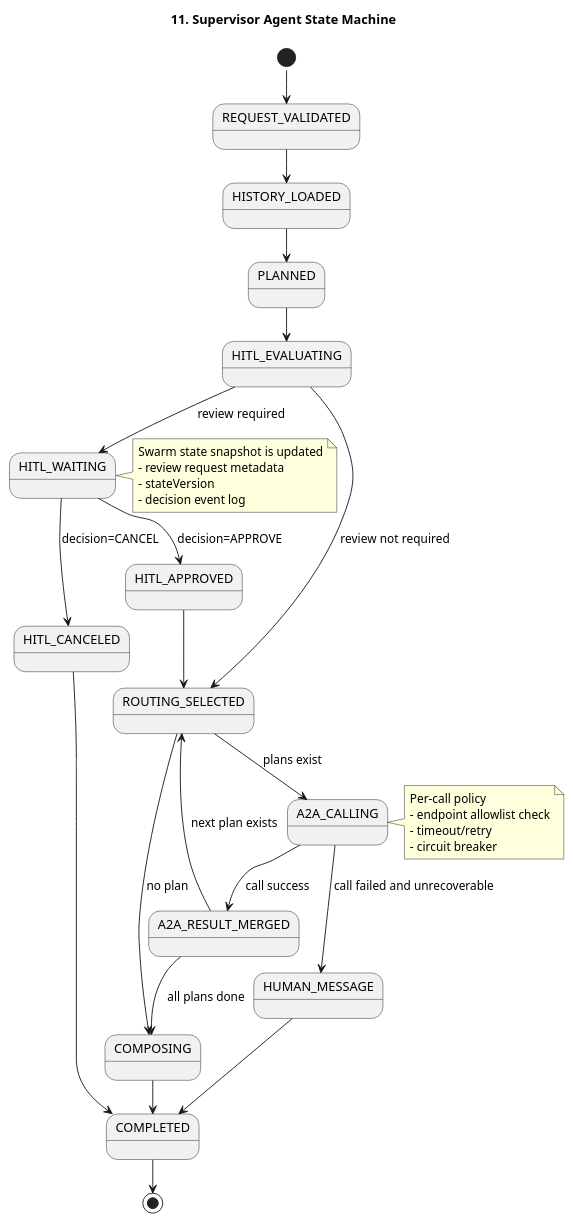
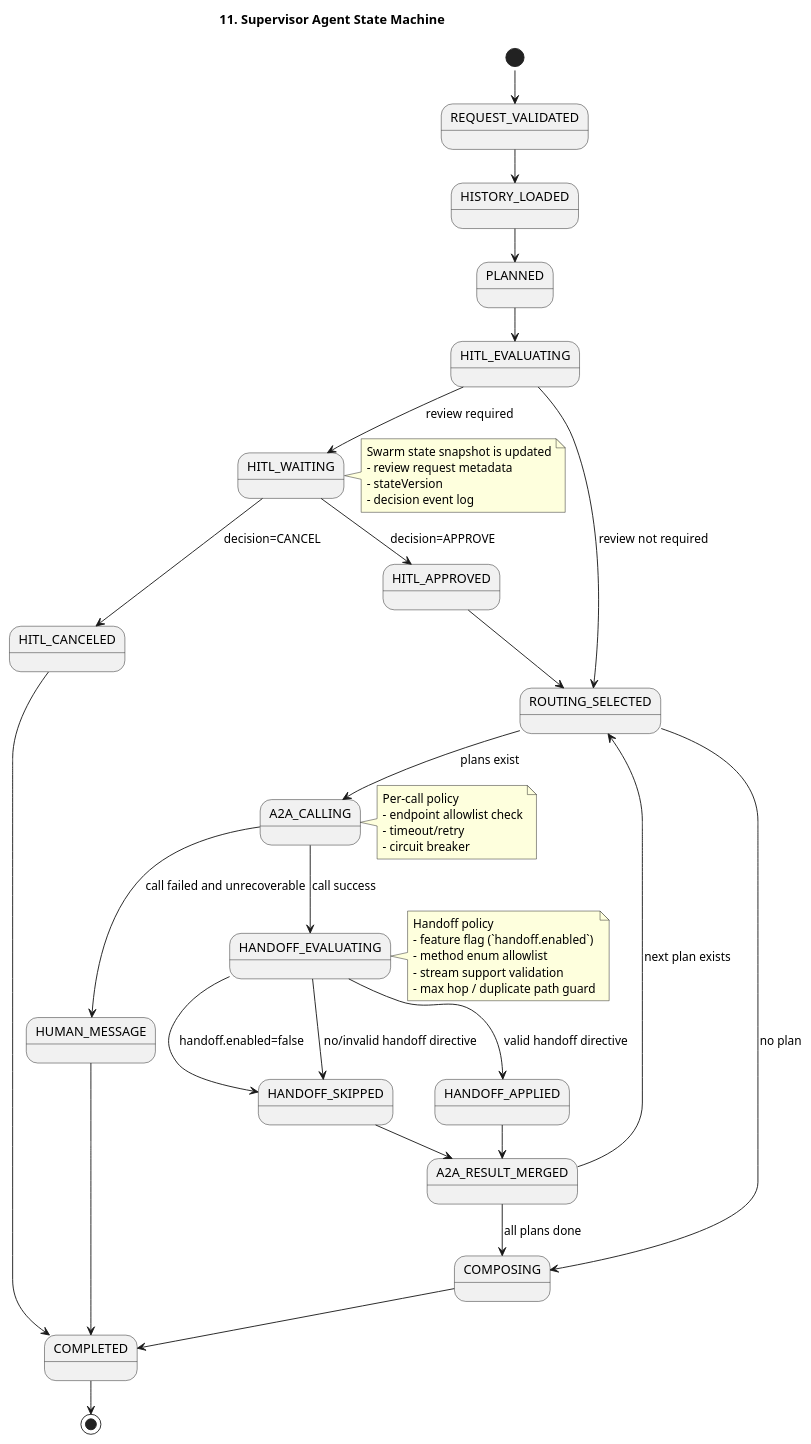
The diagram in documents/a2a-host_agent-architecture/11-supervisor-state-machine.puml (kim57uak/spring-ai), drawn with PlantUML before and after one commit. The commit also changed 69 other files, not shown here.

```diff
--- a/documents/a2a-host_agent-architecture/11-supervisor-state-machine.puml
+++ b/documents/a2a-host_agent-architecture/11-supervisor-state-machine.puml
@@ -1,49 +1,65 @@
 @startuml
 !pragma layout smetana
 title 11. Supervisor Agent State Machine
 
 skinparam shadowing false
 
 [*] --> REQUEST_VALIDATED
 REQUEST_VALIDATED --> HISTORY_LOADED
 HISTORY_LOADED --> PLANNED
 PLANNED --> HITL_EVALUATING
 HITL_EVALUATING --> HITL_WAITING : review required
 HITL_EVALUATING --> ROUTING_SELECTED : review not required
 HITL_WAITING --> HITL_APPROVED : decision=APPROVE
 HITL_WAITING --> HITL_CANCELED : decision=CANCEL
 HITL_APPROVED --> ROUTING_SELECTED
 HITL_CANCELED --> COMPLETED
 
 ROUTING_SELECTED --> A2A_CALLING : plans exist
 ROUTING_SELECTED --> COMPOSING : no plan
 
-A2A_CALLING --> A2A_RESULT_MERGED : call success
+A2A_CALLING --> HANDOFF_EVALUATING : call success
 A2A_CALLING --> HUMAN_MESSAGE : call failed and unrecoverable
+HANDOFF_EVALUATING --> HANDOFF_SKIPPED : handoff.enabled=false
+HANDOFF_EVALUATING --> HANDOFF_APPLIED : valid handoff directive
+HANDOFF_EVALUATING --> HANDOFF_SKIPPED : no/invalid handoff directive
+HANDOFF_APPLIED --> A2A_RESULT_MERGED
+HANDOFF_SKIPPED --> A2A_RESULT_MERGED
 A2A_RESULT_MERGED --> ROUTING_SELECTED : next plan exists
 A2A_RESULT_MERGED --> COMPOSING : all plans done
 
 COMPOSING --> COMPLETED
 HUMAN_MESSAGE --> COMPLETED
 COMPLETED --> [*]
 
 note right of A2A_CALLING
 Per-call policy
 - endpoint allowlist check
 - timeout/retry
 - circuit breaker
 end note
 
+note right of HANDOFF_EVALUATING
+Handoff policy
+- feature flag (`handoff.enabled`)
+- method enum allowlist
+- stream support validation
+- max hop / duplicate path guard
+end note
+
 note left of HITL_WAITING
 Swarm state snapshot is updated
 - review request metadata
 - stateVersion
 - decision event log
 end note
 
+' 2026-04-13 sync with doc 34
+' - add handoff evaluating/applied/skipped states
+' - include feature-flag and handoff guardrails
 ' 2026-04-12 sync with docs 30/31
 ' - Scope: HITL decision limited to APPROVE/CANCEL in current phase
 ' - Data mutation requests (create/update/delete) require mandatory HITL
 ' - A2A compatibility mode keeps both legacy and v1.0 methods
 ' - User profile input collection is deferred to next phase
 @enduml
```
